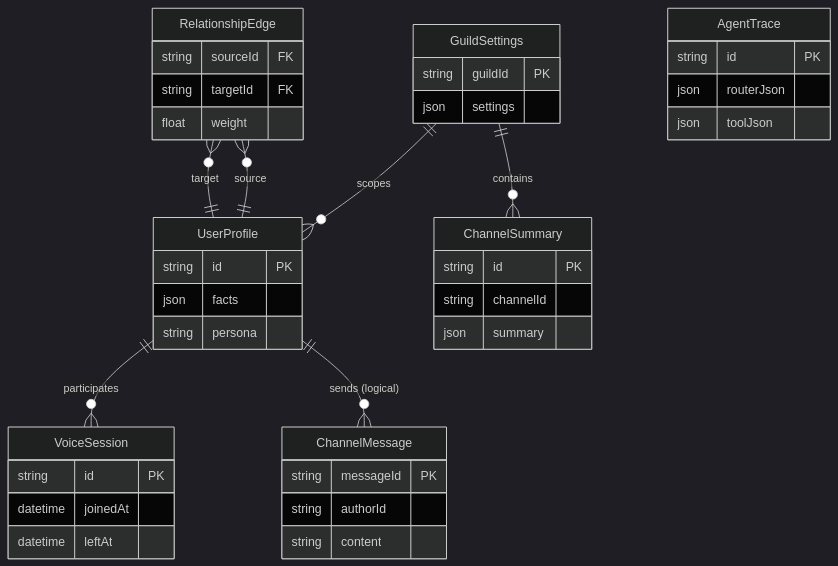
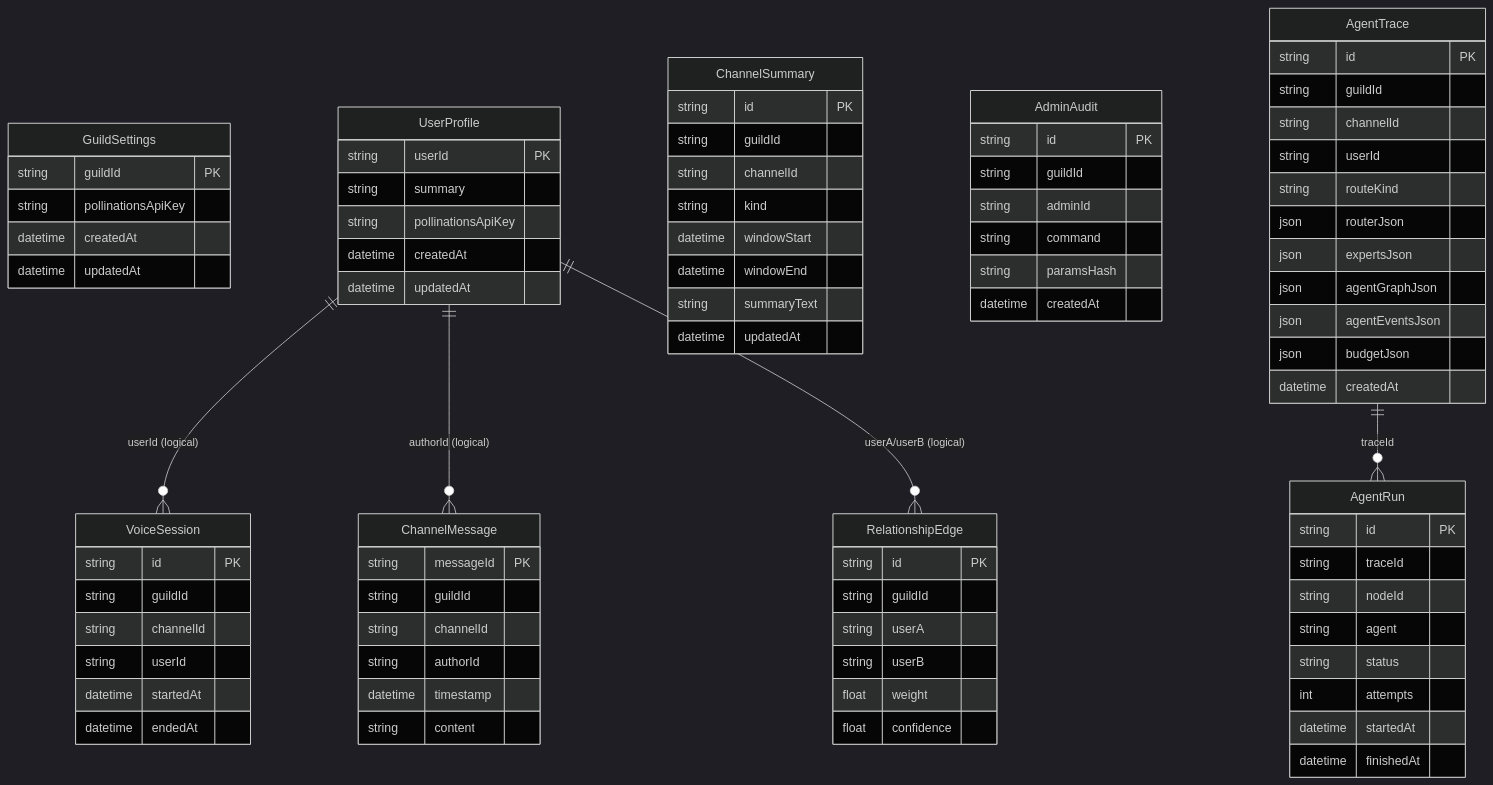
One commit to BokX1/Sage changed the diagram in docs/architecture/database.md. Above: the diagram before and after it, drawn with Mermaid (dark theme). The commit also changed other lines of this file and 66 other files, not shown here.

````diff
--- a/docs/architecture/database.md
+++ b/docs/architecture/database.md
@@ -21,53 +21,95 @@
 ```mermaid
 erDiagram
-    %% Simplified ERD (see prisma/schema.prisma for the authoritative schema)
+    %% Simplified logical ERD based on prisma/schema.prisma
     GuildSettings {
         string guildId PK
-        json settings
+        string pollinationsApiKey
+        datetime createdAt
+        datetime updatedAt
     }
 
     UserProfile {
-        string id PK
-        json facts
-        string persona
-    }
-
-    RelationshipEdge {
-        string sourceId FK
-        string targetId FK
-        float weight
+        string userId PK
+        string summary
+        string pollinationsApiKey
+        datetime createdAt
+        datetime updatedAt
     }
 
     ChannelMessage {
         string messageId PK
+        string guildId
+        string channelId
         string authorId
+        datetime timestamp
         string content
     }
 
     ChannelSummary {
         string id PK
+        string guildId
         string channelId
-        json summary
+        string kind
+        datetime windowStart
+        datetime windowEnd
+        string summaryText
+        datetime updatedAt
+    }
+
+    RelationshipEdge {
+        string id PK
+        string guildId
+        string userA
+        string userB
+        float weight
+        float confidence
     }
 
     VoiceSession {
         string id PK
-        datetime joinedAt
-        datetime leftAt
+        string guildId
+        string channelId
+        string userId
+        datetime startedAt
+        datetime endedAt
+    }
+
+    AdminAudit {
+        string id PK
+        string guildId
+        string adminId
+        string command
+        string paramsHash
+        datetime createdAt
     }
 
     AgentTrace {
         string id PK
+        string guildId
+        string channelId
+        string userId
+        string routeKind
         json routerJson
-        json toolJson
+        json expertsJson
+        json agentGraphJson
+        json agentEventsJson
+        json budgetJson
+        datetime createdAt
     }
 
-    GuildSettings ||--o{ UserProfile : "scopes"
-    GuildSettings ||--o{ ChannelSummary : "contains"
+    AgentRun {
+        string id PK
+        string traceId
+        string nodeId
+        string agent
+        string status
+        int attempts
+        datetime startedAt
+        datetime finishedAt
+    }
 
-    UserProfile ||--o{ VoiceSession : "participates"
-    UserProfile ||--o{ ChannelMessage : "sends (logical)"
-
-    RelationshipEdge }o--|| UserProfile : "source"
-    RelationshipEdge }o--|| UserProfile : "target"
+    AgentTrace ||--o{ AgentRun : "traceId"
+    UserProfile ||--o{ VoiceSession : "userId (logical)"
+    UserProfile ||--o{ ChannelMessage : "authorId (logical)"
+    UserProfile ||--o{ RelationshipEdge : "userA/userB (logical)"
 ```
````
